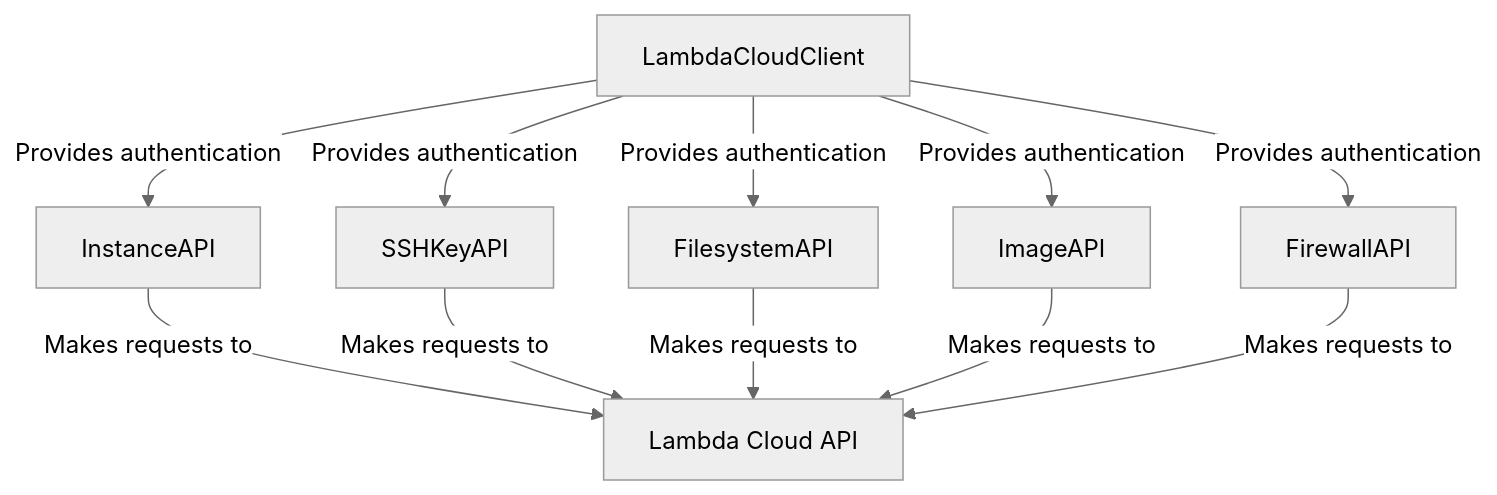
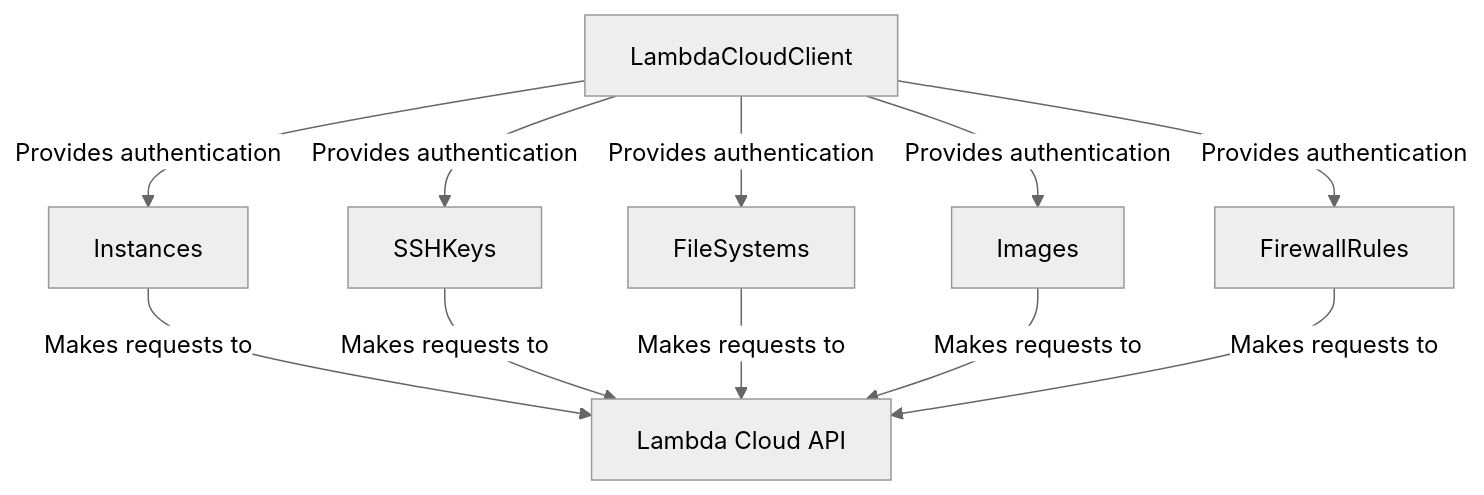
The diagram in docs/lambda_cloud_api.md (jxtngx/lambda-cloud-python), drawn with Mermaid (neutral theme) before and after one commit. The commit also changed other lines of this file and 4 other files, not shown here.

````diff
--- a/docs/lambda_cloud_api.md
+++ b/docs/lambda_cloud_api.md
@@ -28,13 +28,13 @@
 ```mermaid
 graph TD
-    Client[LambdaCloudClient] --> |Provides authentication| InstanceAPI
-    Client --> |Provides authentication| SSHKeyAPI
-    Client --> |Provides authentication| FilesystemAPI
-    Client --> |Provides authentication| ImageAPI
-    Client --> |Provides authentication| FirewallAPI
-    InstanceAPI --> |Makes requests to| API[Lambda Cloud API]
-    SSHKeyAPI --> |Makes requests to| API
-    FilesystemAPI --> |Makes requests to| API
-    ImageAPI --> |Makes requests to| API
-    FirewallAPI --> |Makes requests to| API
+    Client[LambdaCloudClient] --> |Provides authentication| Instances
+    Client --> |Provides authentication| SSHKeys
+    Client --> |Provides authentication| FileSystems
+    Client --> |Provides authentication| Images
+    Client --> |Provides authentication| FirewallRules
+    Instances --> |Makes requests to| API[Lambda Cloud API]
+    SSHKeys --> |Makes requests to| API
+    FileSystems --> |Makes requests to| API
+    Images --> |Makes requests to| API
+    FirewallRules --> |Makes requests to| API
 ```
````
